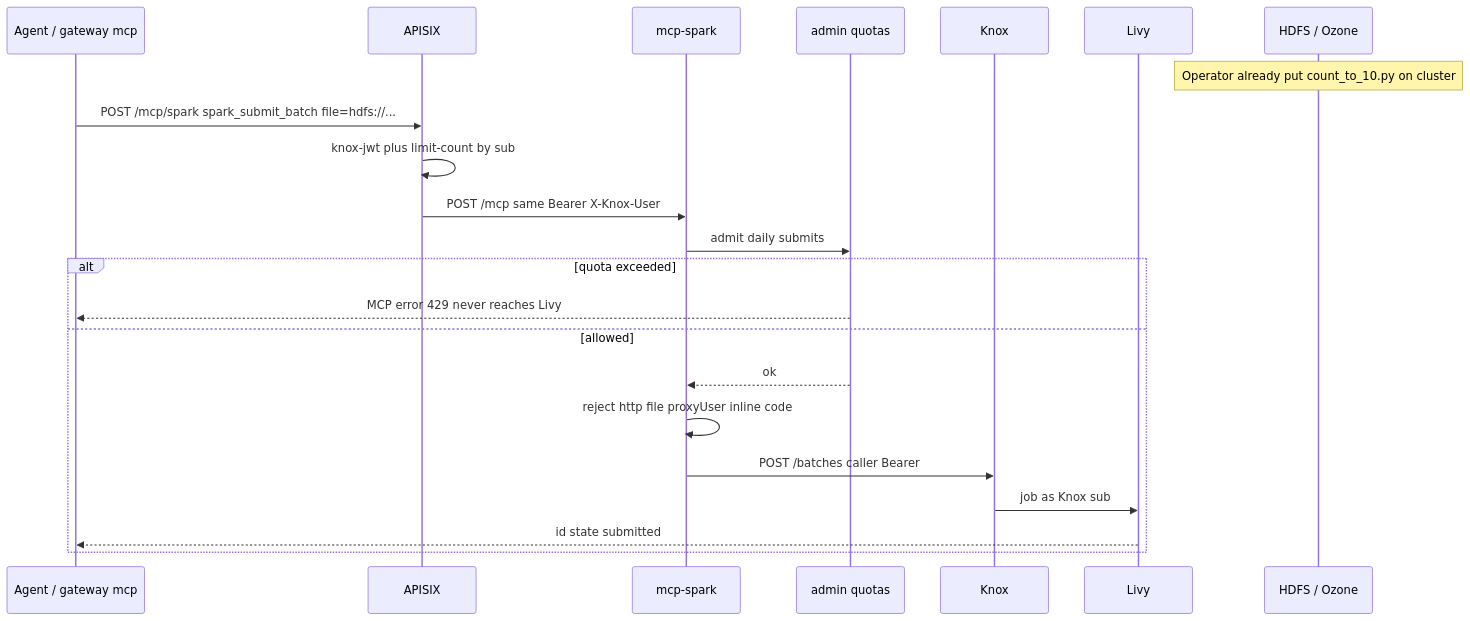
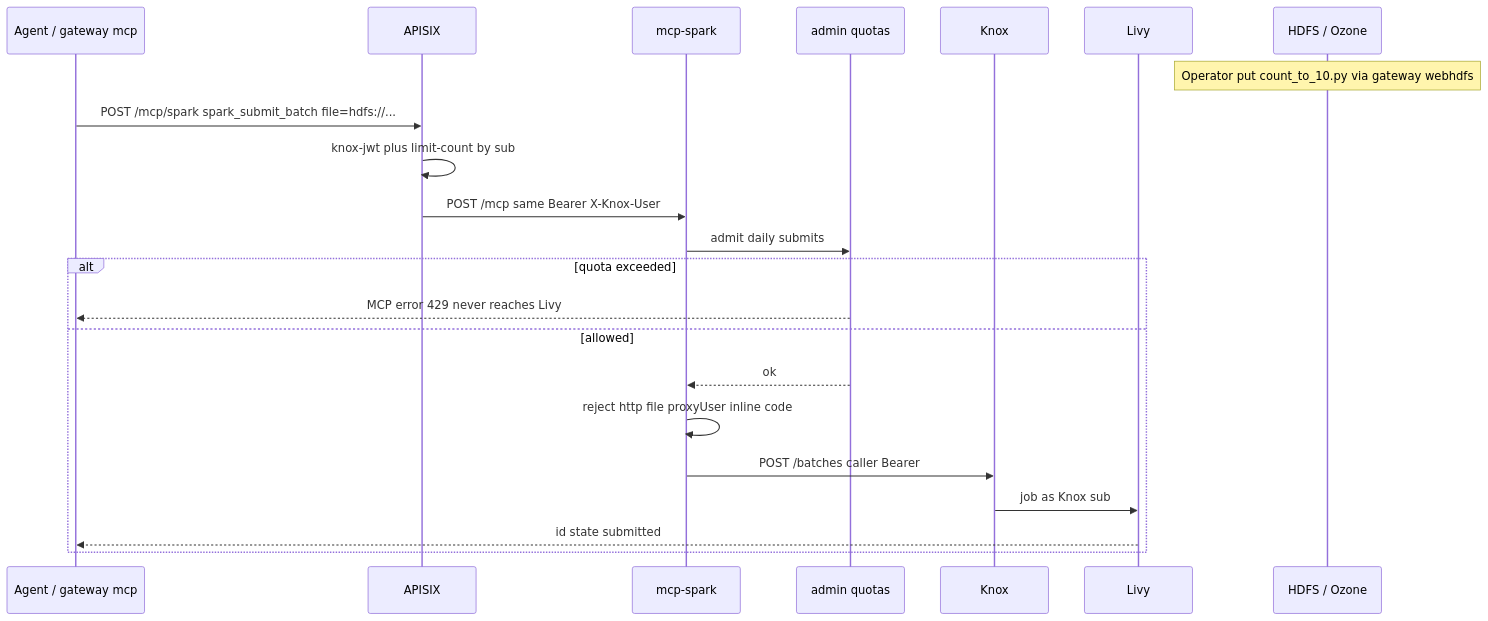
The fourth of 4 diagrams in docs/spark.md (BrooksIan/CDPAgentGateway), drawn with Mermaid before and after one commit. The commit also changed other lines of this file and 52 other files, not shown here.

````diff
--- a/docs/spark.md
+++ b/docs/spark.md
@@ -113,25 +155,25 @@
 ```mermaid
 sequenceDiagram
   participant Ag as Agent / gateway mcp
   participant GW as APISIX
   participant MCP as mcp-spark
   participant Admin as admin quotas
   participant Knox as Knox
   participant Livy as Livy
   participant FS as HDFS / Ozone
 
-  Note over FS: Operator already put count_to_10.py on cluster
+  Note over FS: Operator put count_to_10.py via gateway webhdfs
   Ag->>GW: POST /mcp/spark spark_submit_batch file=hdfs://...
   GW->>GW: knox-jwt plus limit-count by sub
   GW->>MCP: POST /mcp same Bearer X-Knox-User
   MCP->>Admin: admit daily submits
   alt quota exceeded
     Admin-->>Ag: MCP error 429 never reaches Livy
   else allowed
     Admin-->>MCP: ok
     MCP->>MCP: reject http file proxyUser inline code
     MCP->>Knox: POST /batches caller Bearer
     Knox->>Livy: job as Knox sub
     Livy-->>Ag: id state submitted
   end
 ```
````
